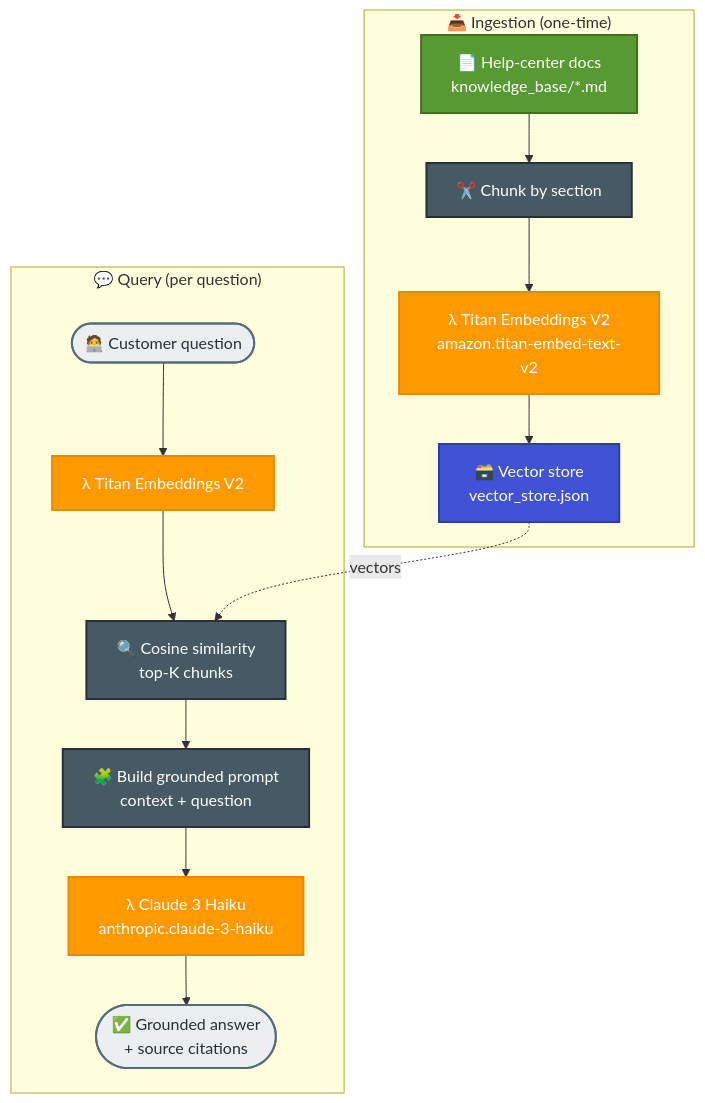
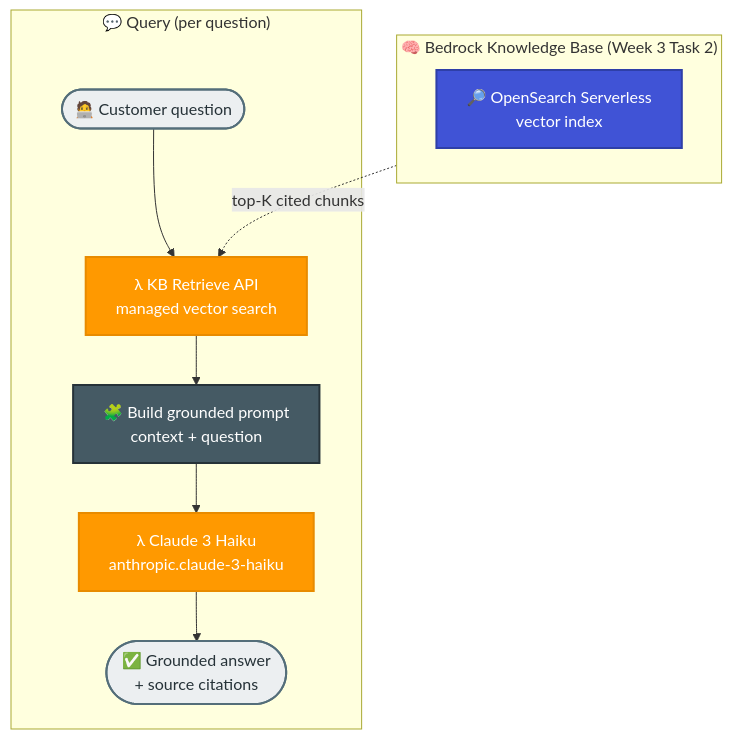
One commit to abhi-achar/aws-hands-on-training changed the diagram in week3/task1-rag-assistant/README.md. Above: the diagram before and after it, drawn with Mermaid. The commit also changed other lines of this file and 13 other files, not shown here.

First line of the commit message:
feat(week3): migrate RAG from DynamoDB to Amazon Bedrock Knowledge Base

````diff
--- a/week3/task1-rag-assistant/README.md
+++ b/week3/task1-rag-assistant/README.md
@@ -15,27 +15,21 @@
 ```mermaid
 flowchart TD
-    subgraph Ingest["📥 Ingestion (one-time)"]
-        Docs["📄 Help-center docs<br/>knowledge_base/*.md"]:::doc
-        Chunk["✂️ Chunk by section"]:::proc
-        EmbedDoc["λ Titan Embeddings V2<br/>amazon.titan-embed-text-v2"]:::bedrock
-        Store["🗃️ Vector store<br/>vector_store.json"]:::store
+    subgraph KB["🧠 Bedrock Knowledge Base (Week 3 Task 2)"]
+        OSS["🔎 OpenSearch Serverless<br/>vector index"]:::store
     end
     subgraph Query["💬 Query (per question)"]
         Q(["🧑‍💻 Customer question"]):::client
-        EmbedQ["λ Titan Embeddings V2"]:::bedrock
-        Retrieve["🔍 Cosine similarity<br/>top-K chunks"]:::proc
+        Retrieve["λ KB Retrieve API<br/>managed vector search"]:::bedrock
         Prompt["🧩 Build grounded prompt<br/>context + question"]:::proc
         Gen["λ Claude 3 Haiku<br/>anthropic.claude-3-haiku"]:::bedrock
         Ans(["✅ Grounded answer<br/>+ source citations"]):::client
     end
-    Docs --> Chunk --> EmbedDoc --> Store
-    Q --> EmbedQ --> Retrieve
-    Store -.->|"vectors"| Retrieve
+    Q --> Retrieve
+    KB -.->|"top-K cited chunks"| Retrieve
     Retrieve --> Prompt --> Gen --> Ans
 
-    classDef doc fill:#569A31,stroke:#3F7222,stroke-width:2px,color:#ffffff
     classDef proc fill:#455A64,stroke:#263238,stroke-width:2px,color:#ffffff
     classDef bedrock fill:#FF9900,stroke:#E88B00,stroke-width:2px,color:#ffffff
     classDef store fill:#4053D6,stroke:#2E3FA8,stroke-width:2px,color:#ffffff
     classDef client fill:#ECEFF1,stroke:#546E7A,stroke-width:2px,color:#263238
 ```
````
